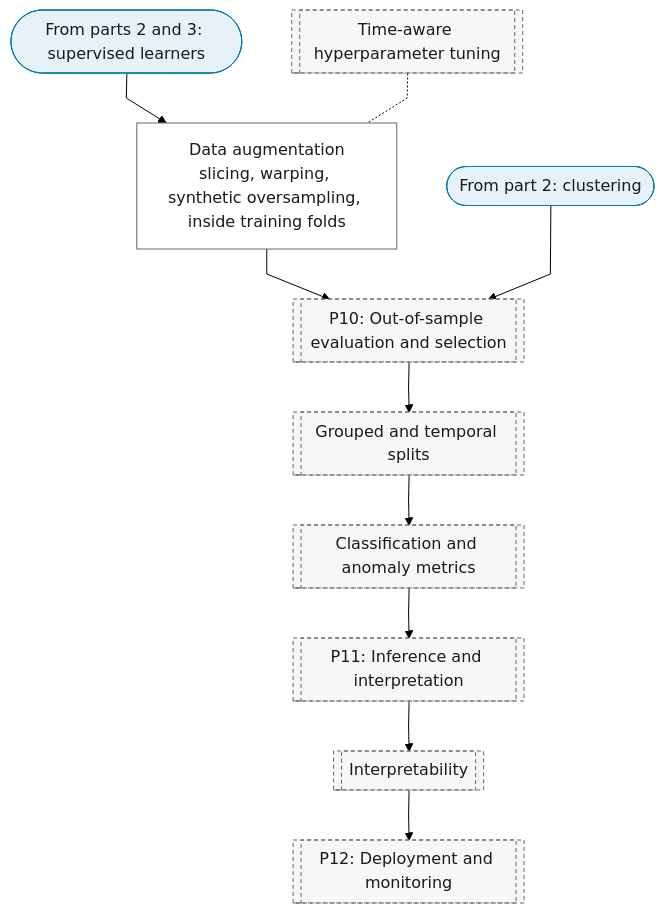
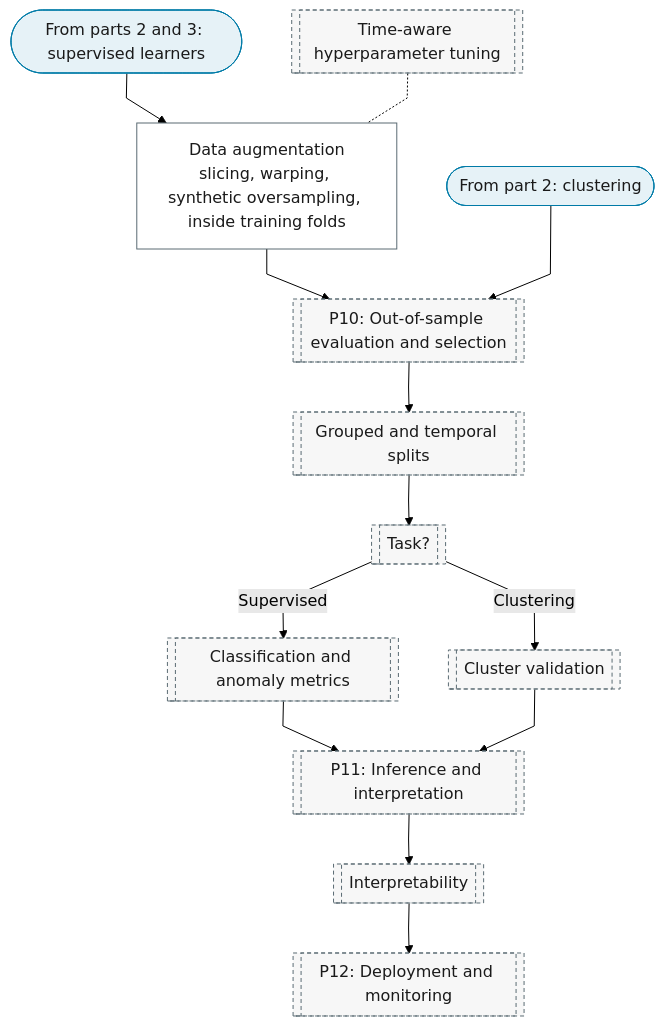
One commit to Shuxin-Y/time-series-analysis-manual changed the fourth of 4 diagrams in docs/01-workflow/p00-purpose/07-feature-extraction-classification.md. Above: the diagram before and after it, drawn with Mermaid (forest theme). The commit also changed 14 other files, not shown here.

````diff
--- a/docs/01-workflow/p00-purpose/07-feature-extraction-classification.md
+++ b/docs/01-workflow/p00-purpose/07-feature-extraction-classification.md
@@ -94,24 +94,26 @@
 ```mermaid
 %%{init: {"flowchart": {"curve": "linear"}}}%%
 graph TD
     P0_FE_PART_4_IN(["From parts 2 and 3: supervised learners"]) --> P0_FE_AUGMENTATION["Data augmentation<br/>slicing, warping, synthetic oversampling, inside training folds"]
     P0_FE_AUGMENTATION --> P10[["P10: Out-of-sample evaluation and selection"]]
     P8_HYPERPARAMETERS[["Time-aware hyperparameter tuning"]] -.- P0_FE_AUGMENTATION
     P0_FE_CLUSTER_IN(["From part 2: clustering"]) --> P10
     P10 --> P10_GROUPED_SPLITS[["Grouped and temporal splits"]]
-    P10_GROUPED_SPLITS --> P10_CLASSIFICATION_METRICS[["Classification and anomaly metrics"]]
-    P10_CLASSIFICATION_METRICS --> P11[["P11: Inference and interpretation"]]
+    P10_GROUPED_SPLITS --> P10_COLLECTION_TASK[["Task?"]]
+    P10_COLLECTION_TASK -->|"Supervised"| P10_CLASSIFICATION_METRICS[["Classification and anomaly metrics"]]
+    P10_COLLECTION_TASK -->|"Clustering"| P10_CLUSTER_VALIDATION[["Cluster validation"]]
+    P10_CLASSIFICATION_METRICS & P10_CLUSTER_VALIDATION --> P11[["P11: Inference and interpretation"]]
     P11 --> P11_INTERPRETABILITY[["Interpretability"]]
     P11_INTERPRETABILITY --> P12[["P12: Deployment and monitoring"]]
     class P0_FE_PART_4_IN,P0_FE_CLUSTER_IN terminator
     class P0_FE_AUGMENTATION process
-    class P8_HYPERPARAMETERS,P10,P10_GROUPED_SPLITS,P10_CLASSIFICATION_METRICS,P11,P11_INTERPRETABILITY,P12 ref
+    class P8_HYPERPARAMETERS,P10,P10_GROUPED_SPLITS,P10_COLLECTION_TASK,P10_CLASSIFICATION_METRICS,P10_CLUSTER_VALIDATION,P11,P11_INTERPRETABILITY,P12 ref
     classDef terminator fill:#E6F2F7,stroke:#007BA7,color:#1A1A1A;
     classDef process fill:#FFFFFF,stroke:#5A6B73,color:#1A1A1A;
     classDef decision fill:#EFE7F0,stroke:#9B7FA7,color:#1A1A1A;
     classDef data fill:#FFF4E0,stroke:#C9A55E,color:#1A1A1A;
     classDef good fill:#DCEFD8,stroke:#4A7A3F,color:#1A1A1A;
     classDef escalate fill:#FFE9C2,stroke:#C9A55E,color:#1A1A1A;
     classDef problem fill:#F2D9DE,stroke:#800020,color:#1A1A1A;
     classDef ref fill:#F7F7F7,stroke:#5A6B73,color:#1A1A1A,stroke-dasharray:4 3;
 ```
````
